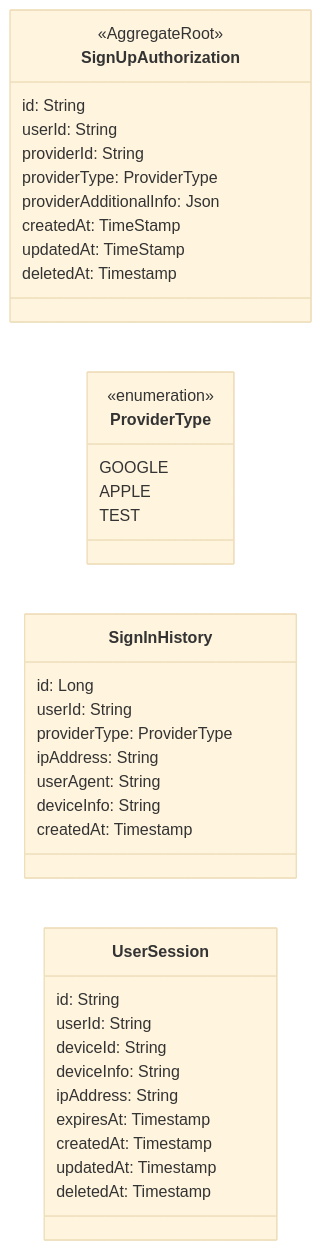
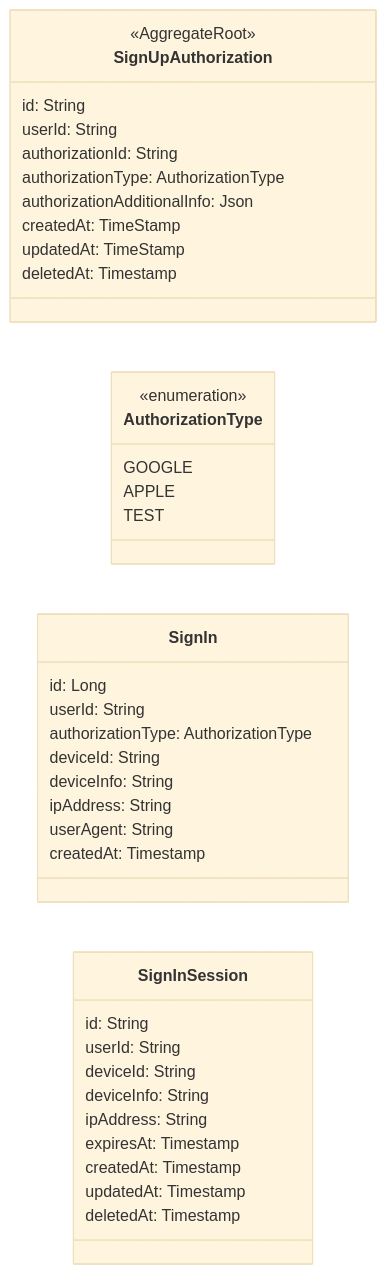
The diagram in docs/models/users/authorization.md (kwj1270/lockr), drawn with Mermaid (base theme) before and after one commit. The commit also changed 4 other files, not shown here.

````diff
--- a/docs/models/users/authorization.md
+++ b/docs/models/users/authorization.md
@@ -4,45 +4,46 @@
 ```mermaid
 classDiagram
     direction LR
 
     class SignUpAuthorization {
         <<AggregateRoot>>
         id: String
         userId: String
-        providerId: String
-        providerType: ProviderType
-        providerAdditionalInfo: Json
+        authorizationId: String
+        authorizationType: AuthorizationType
+        authorizationAdditionalInfo: Json
         createdAt: TimeStamp
         updatedAt: TimeStamp
         deletedAt: Timestamp
     }
 
-    class ProviderType {
+    class AuthorizationType {
         <<enumeration>>
         GOOGLE
         APPLE
         TEST
     }
 
-    class SignInHistory {
+    class SignIn {
         id: Long
         userId: String
-        providerType: ProviderType
+        authorizationType: AuthorizationType
+        deviceId: String
+        deviceInfo: String
         ipAddress: String
         userAgent: String
-        deviceInfo: String
         createdAt: Timestamp
     }
 
-    class UserSession {
+    class SignInSession {
         id: String
         userId: String
         deviceId: String 
         deviceInfo: String 
         ipAddress: String 
         expiresAt: Timestamp
         createdAt: Timestamp
         updatedAt: Timestamp
         deletedAt: Timestamp
     }
 ```
````
